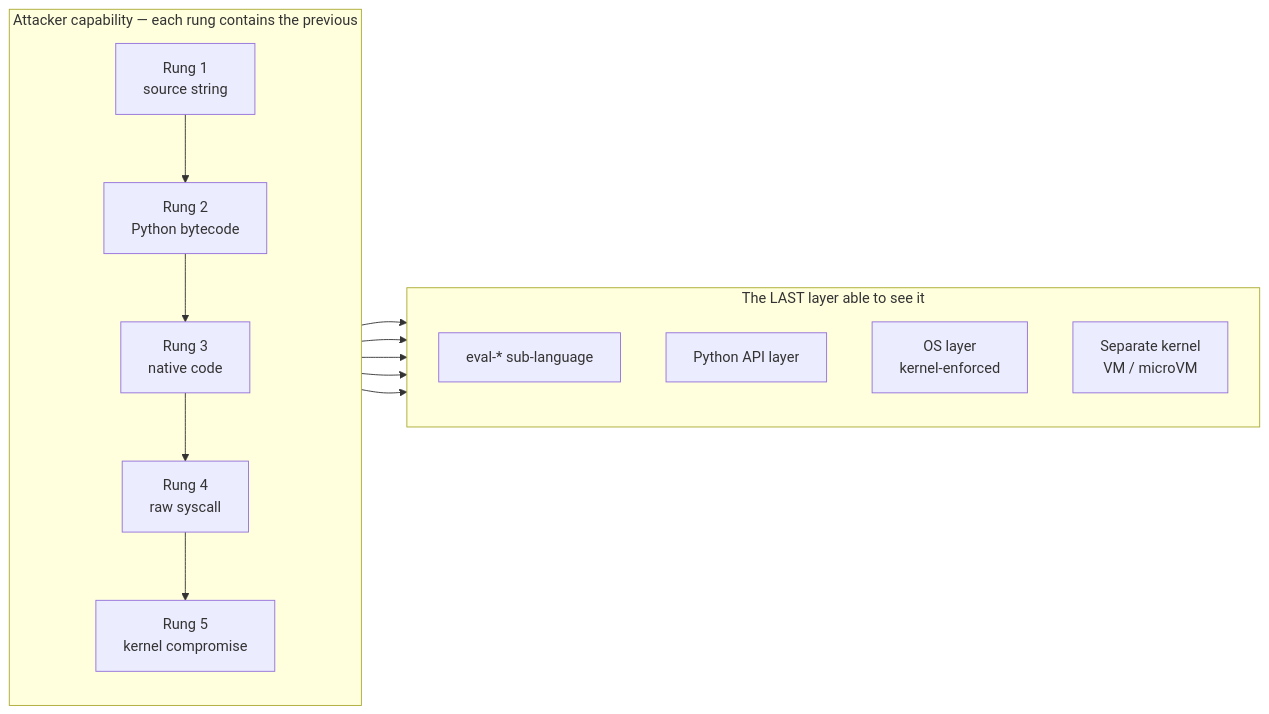
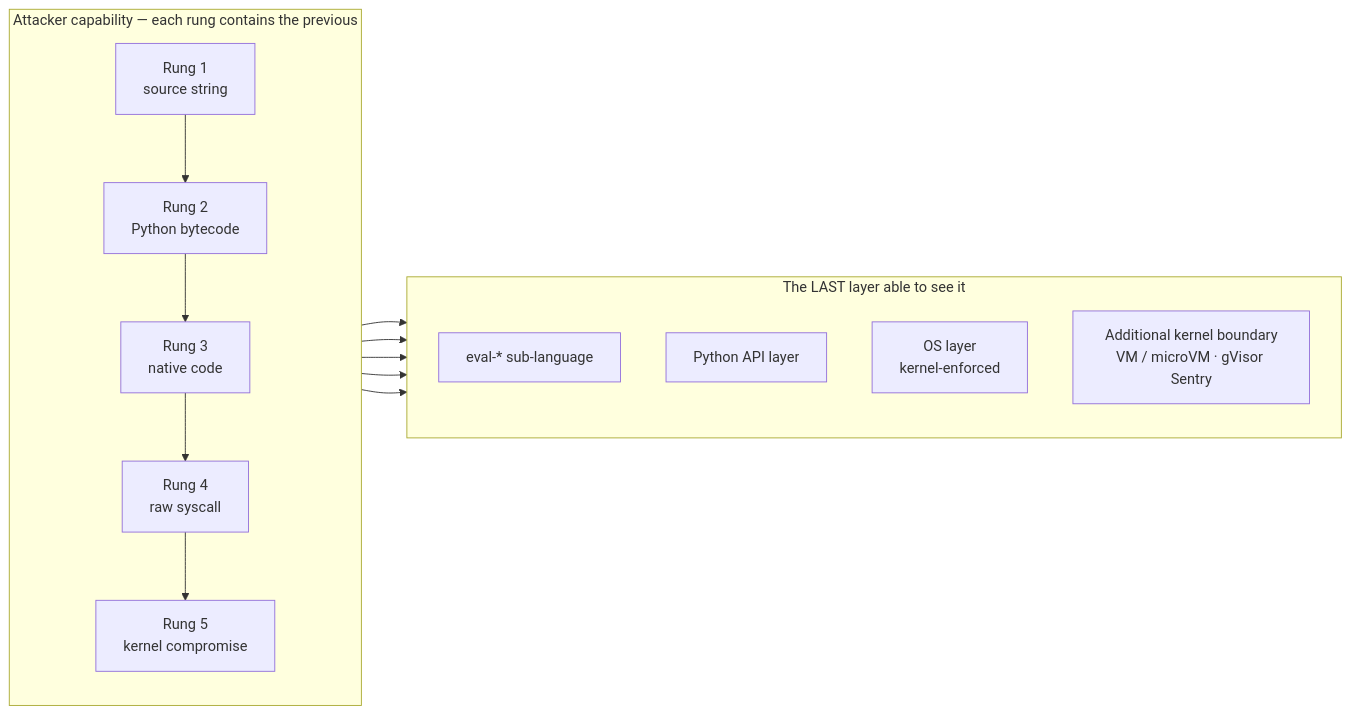
The second of 7 diagrams in research/confining-python-by-observation.md (pprados/pysandboxes), drawn with Mermaid before and after one commit. The commit also changed other lines of this file, not shown here.

````diff
--- a/research/confining-python-by-observation.md
+++ b/research/confining-python-by-observation.md
@@ -144,25 +144,25 @@
 ```mermaid
 %% caption: Each rung of attacker capability, and the last layer able to see it
 flowchart LR
     subgraph ladder["Attacker capability — each rung contains the previous"]
         direction TB
         R1["Rung 1<br/>source string"]
         R2["Rung 2<br/>Python bytecode"]
         R3["Rung 3<br/>native code"]
         R4["Rung 4<br/>raw syscall"]
         R5["Rung 5<br/>kernel compromise"]
         R1 --> R2 --> R3 --> R4 --> R5
     end
     subgraph layers["The LAST layer able to see it"]
         direction TB
         L1["eval-* sub-language"]
         L2["Python API layer"]
         L3["OS layer<br/>kernel-enforced"]
-        L5["Separate kernel<br/>VM / microVM"]
+        L5["Additional kernel boundary<br/>VM / microVM · gVisor Sentry"]
     end
     R1 --> L1
     R2 --> L2
     R3 --> L3
     R4 --> L3
     R5 --> L5
 ```
````
